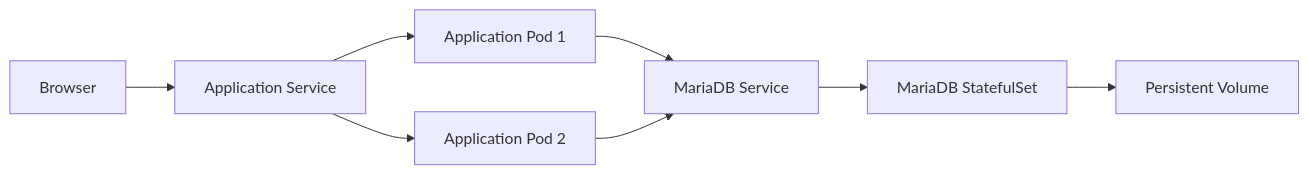
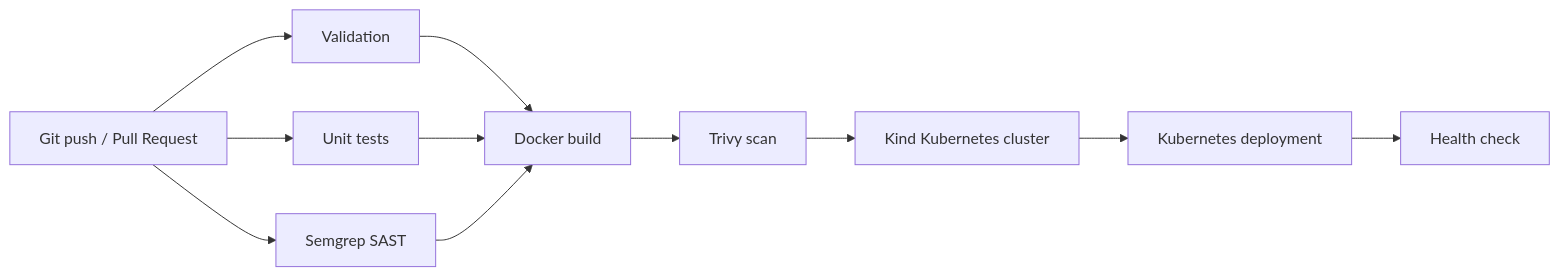
Before and after one commit to nyotova19/web-course-dashboard: the diagram in README.md, drawn with Mermaid. The commit also changed other lines of this file, not shown here.

````diff
--- a/README.md
+++ b/README.md
@@ -24,10 +120,15 @@
 ```mermaid
 flowchart LR
-    Browser --> Service[Application Service]
-    Service --> Pod1[Application Pod 1]
-    Service --> Pod2[Application Pod 2]
-    Pod1 --> DBService[MariaDB Service]
-    Pod2 --> DBService
-    DBService --> MariaDB[MariaDB StatefulSet]
-    MariaDB --> PVC[Persistent Volume]
+    G[Git push / Pull Request] --> V[Validation]
+    G --> T[Unit tests]
+    G --> S[Semgrep SAST]
+
+    V --> B[Docker build]
+    T --> B
+    S --> B
+
+    B --> TR[Trivy scan]
+    TR --> K[Kind Kubernetes cluster]
+    K --> D[Kubernetes deployment]
+    D --> H[Health check]
 ```
````
